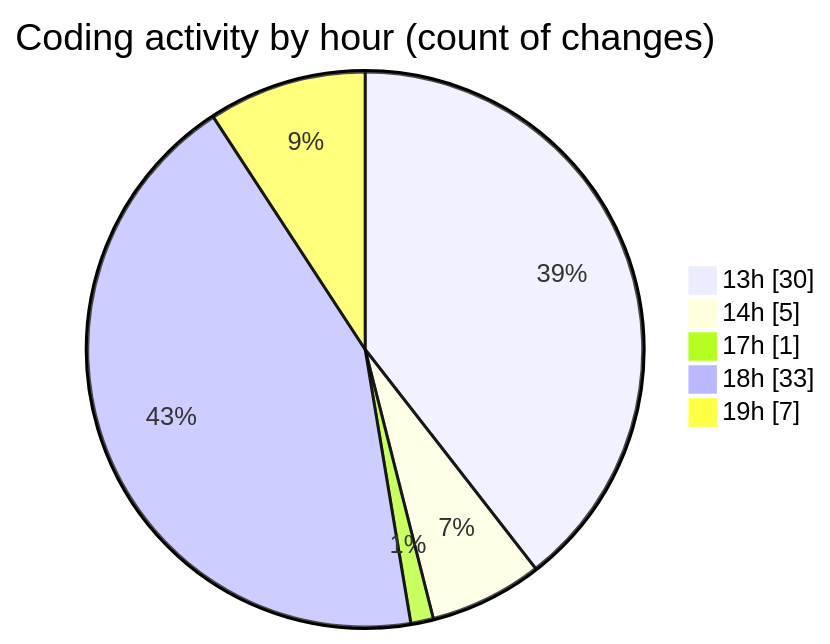
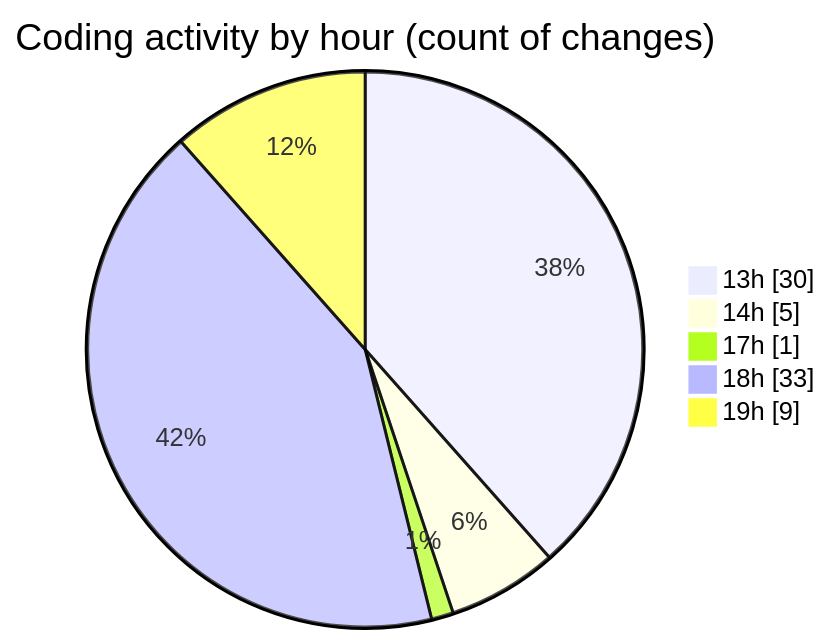
The second of 2 diagrams in 2025-01-14/mbc-web/README.md (robertbonfada/code-tracking), drawn with Mermaid before and after one commit. The commit also changed other lines of this file and 1 other file, not shown here.

````diff
--- a/2025-01-14/mbc-web/README.md
+++ b/2025-01-14/mbc-web/README.md
@@ -55,9 +55,9 @@
 ```mermaid
 pie showData
 title Coding activity by hour (count of changes)
 "13h" : 30
 "14h" : 5
 "17h" : 1
 "18h" : 33
-"19h" : 7
+"19h" : 9
 ```
````
